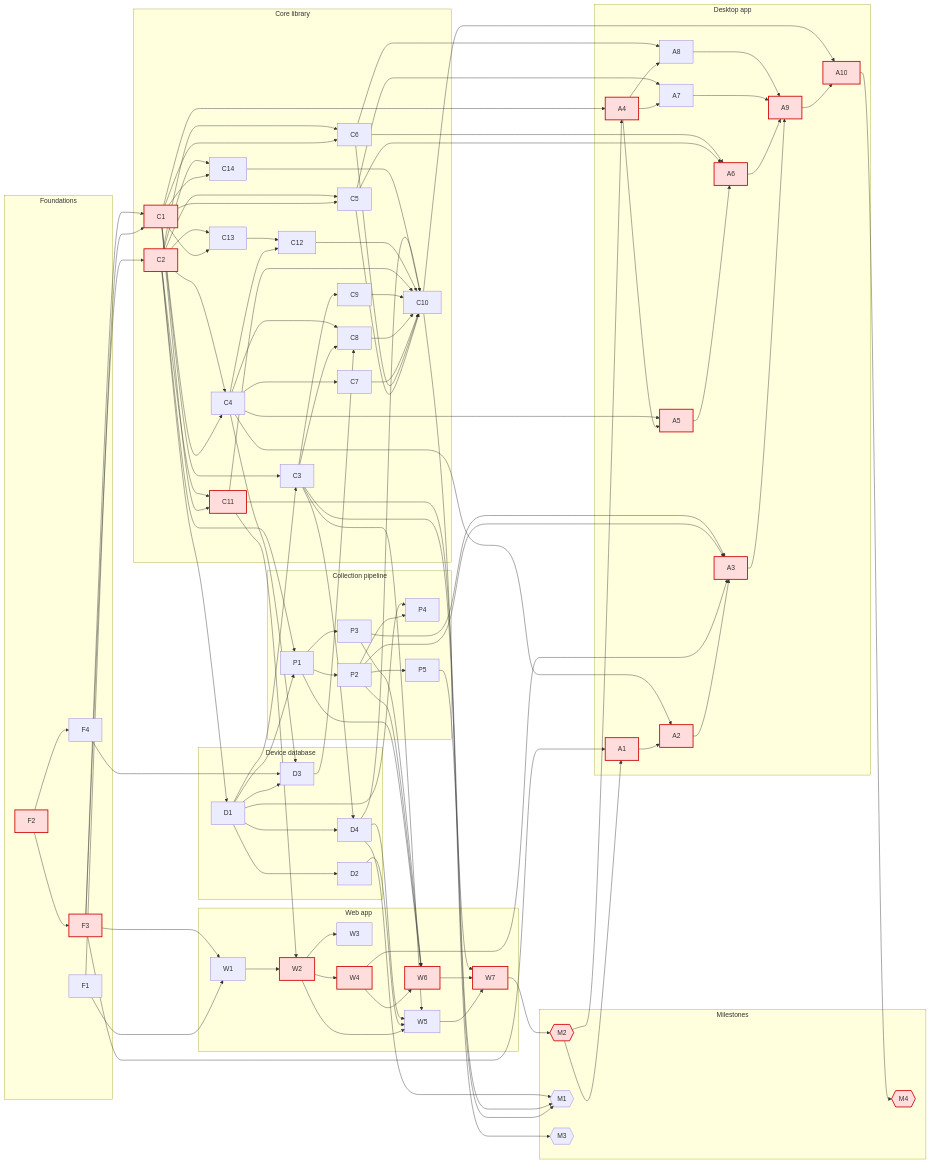
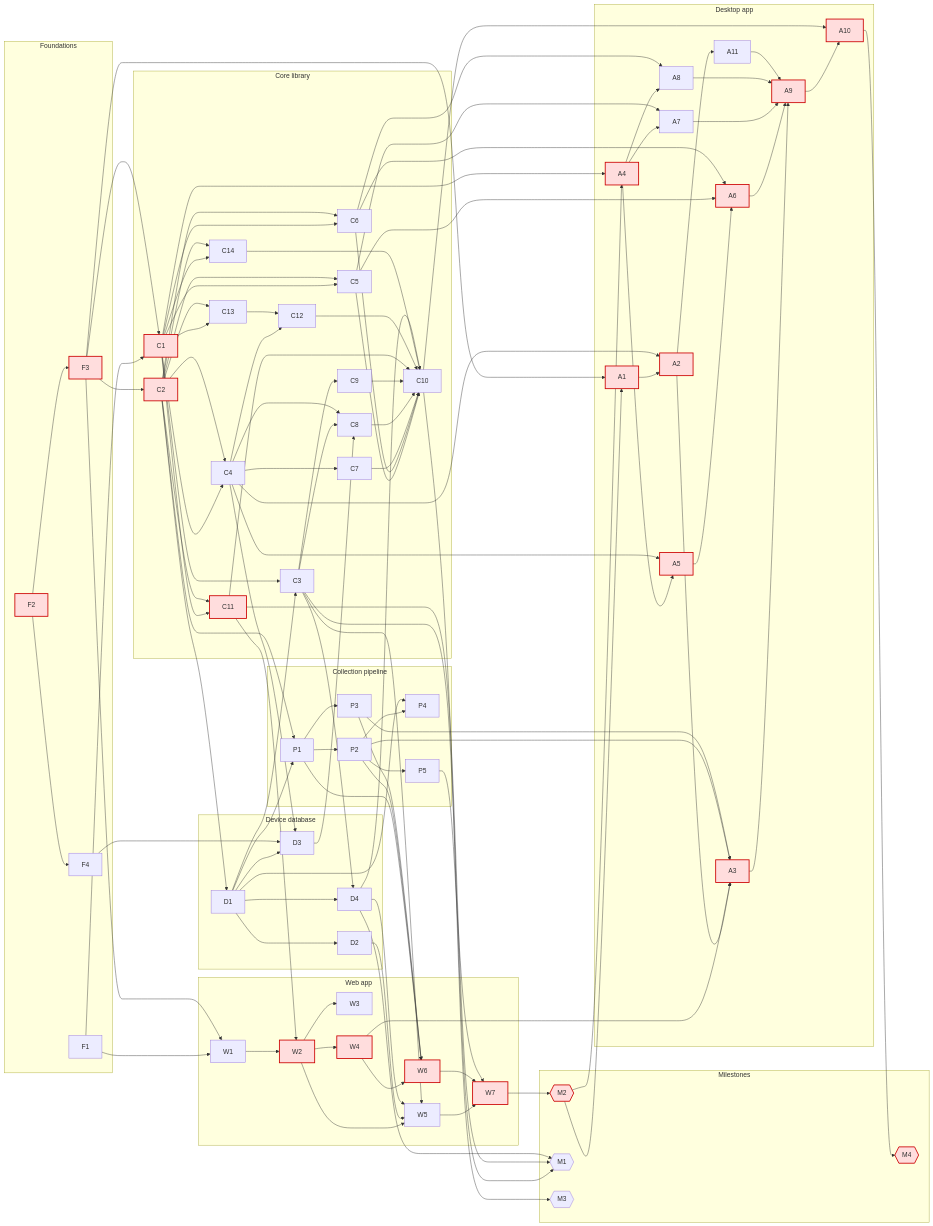
The third of 3 diagrams in ROADMAP/2026-10-10/README.md (anygamepad/anygamepad.github.io), drawn with Mermaid before and after one commit. The commit also changed other lines of this file and 8 other files, not shown here.

First line of the commit message:
Roadmap: publish crates as omnipad, egui for a performance-first desktop UI

```diff
--- a/ROADMAP/2026-10-10/README.md
+++ b/ROADMAP/2026-10-10/README.md
@@ -233,6 +234,7 @@
         a6[A6]
         a7[A7]
         a8[A8]
+        a11[A11]
         a9[A9]
         a10[A10]
     end
@@ -328,10 +330,12 @@
     c5 --> a7
     a4 --> a8
     c6 --> a8
+    a2 --> a11
     a3 --> a9
     a6 --> a9
     a7 --> a9
     a8 --> a9
+    a11 --> a9
     a9 --> a10
     c10 --> a10
     c3 --> m1
```
